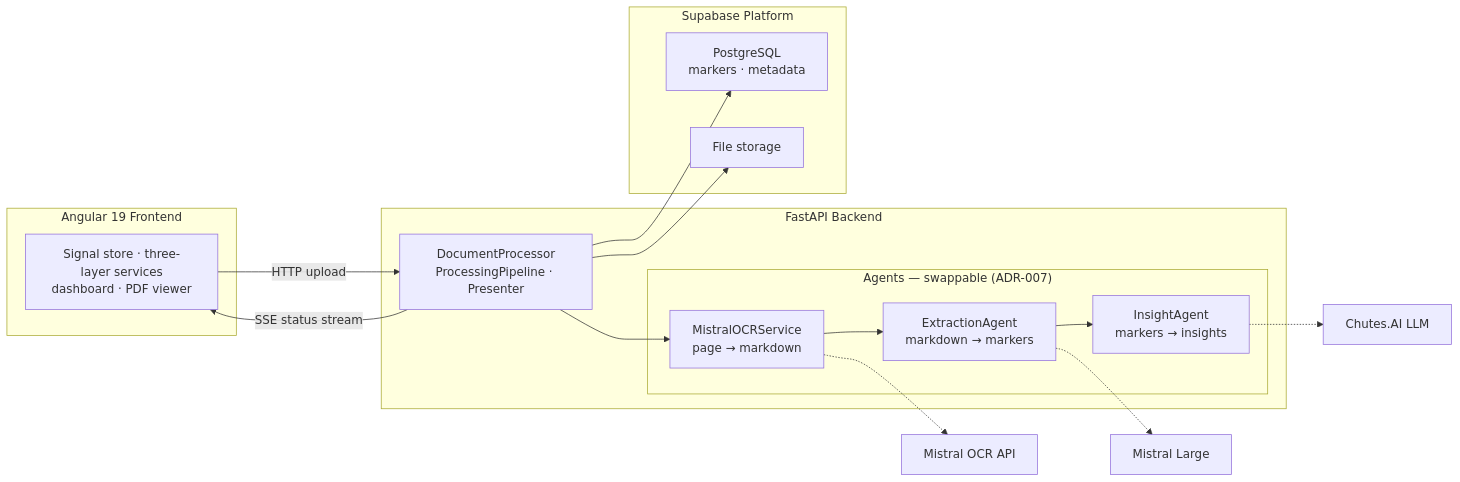
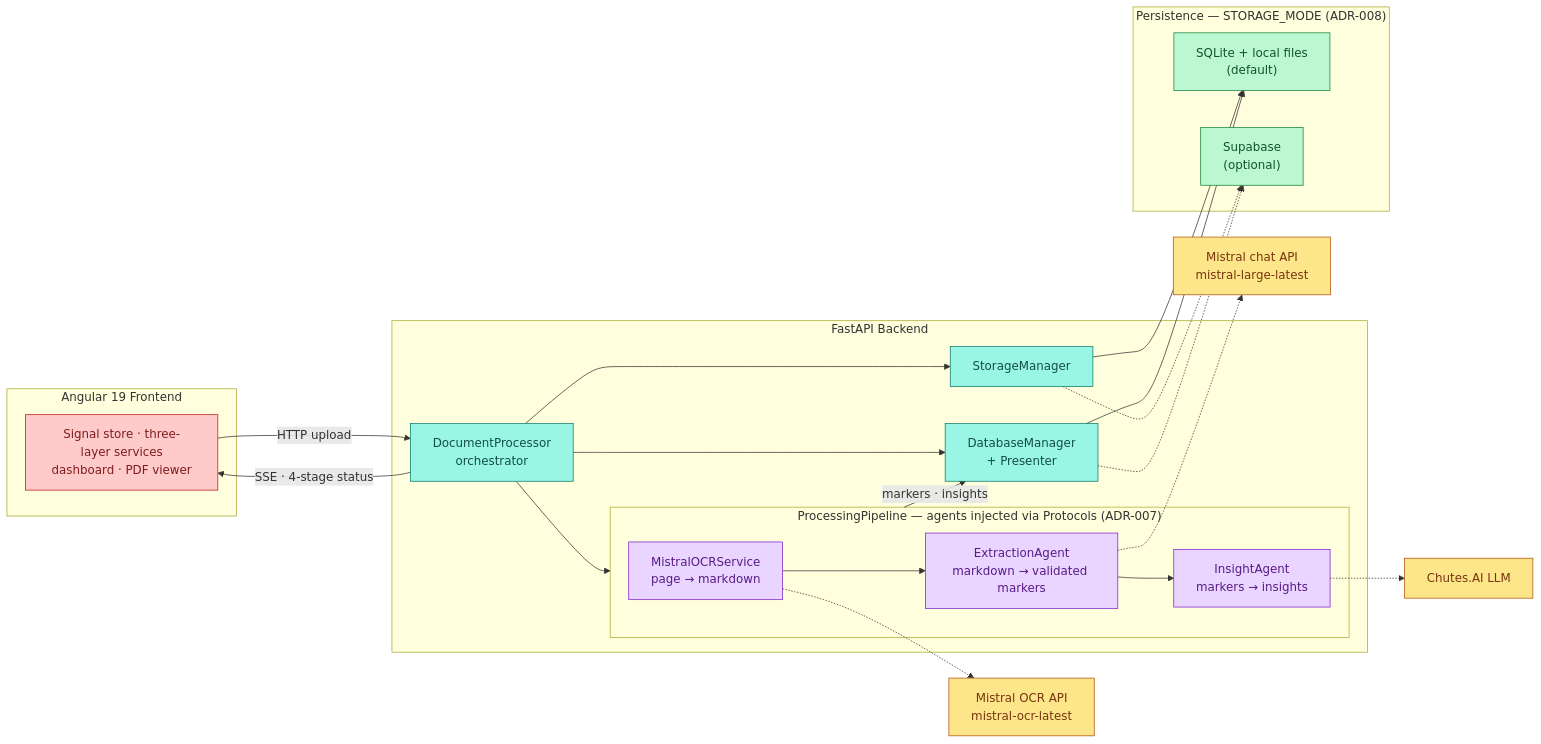
One commit to ggustin93/agentic-lab-analyzer changed the diagram in README.md. Above: the diagram before and after it, drawn with Mermaid. The commit also changed other lines of this file and 8 other files, not shown here.

Commit message:
docs: adr-008 local-first persistence, local quickstart, refreshed architecture diagram

````diff
--- a/README.md
+++ b/README.md
@@ -62,26 +62,43 @@
 ```mermaid
 flowchart LR
     subgraph Frontend["Angular 19 Frontend"]
         UI["Signal store · three-layer services<br/>dashboard · PDF viewer"]
     end
     subgraph Backend["FastAPI Backend"]
-        DP["DocumentProcessor<br/>ProcessingPipeline · Presenter"]
-        subgraph Agents["Agents — swappable (ADR-007)"]
-            OCR["MistralOCRService<br/>page → markdown"]
-            EXT["ExtractionAgent<br/>markdown → markers"]
-            INS["InsightAgent<br/>markers → insights"]
+        DP["DocumentProcessor<br/>orchestrator"]
+        SM["StorageManager"]
+        DM["DatabaseManager<br/>+ Presenter"]
+        subgraph PP["ProcessingPipeline — agents injected via Protocols (ADR-007)"]
+            OCR["MistralOCRService<br/>page → markdown"] --> EXT["ExtractionAgent<br/>markdown → validated markers"] --> INS["InsightAgent<br/>markers → insights"]
         end
     end
-    subgraph Supabase["Supabase Platform"]
-        DB["PostgreSQL<br/>markers · metadata"]
-        ST["File storage"]
+    subgraph Persistence["Persistence — STORAGE_MODE (ADR-008)"]
+        DB["SQLite + local files<br/>(default)"]
+        ST["Supabase<br/>(optional)"]
     end
     UI -- "HTTP upload" --> DP
-    DP -- "SSE status stream" --> UI
-    DP --> OCR --> EXT --> INS
-    OCR -.-> M1["Mistral OCR API"]
-    EXT -.-> M2["Mistral Large"]
+    DP -- "SSE · 4-stage status" --> UI
+    DP --> SM
+    DP --> DM
+    DP --> PP
+    PP -- "markers · insights" --> DM
+    SM --> DB
+    DM --> DB
+    SM -.-> ST
+    DM -.-> ST
+    OCR -.-> M1["Mistral OCR API<br/>mistral-ocr-latest"]
+    EXT -.-> M2["Mistral chat API<br/>mistral-large-latest"]
     INS -.-> M3["Chutes.AI LLM"]
-    DP --> DB
-    DP --> ST
+
+    classDef frontend fill:#fecaca,stroke:#b91c1c,color:#7f1d1d
+    classDef backend fill:#99f6e4,stroke:#0f766e,color:#134e4a
+    classDef agents fill:#e9d5ff,stroke:#7e22ce,color:#581c87
+    classDef external fill:#fde68a,stroke:#b45309,color:#78350f
+    classDef data fill:#bbf7d0,stroke:#15803d,color:#14532d
+
+    class UI frontend
+    class DP,SM,DM backend
+    class OCR,EXT,INS agents
+    class M1,M2,M3 external
+    class DB,ST data
 ```
````
